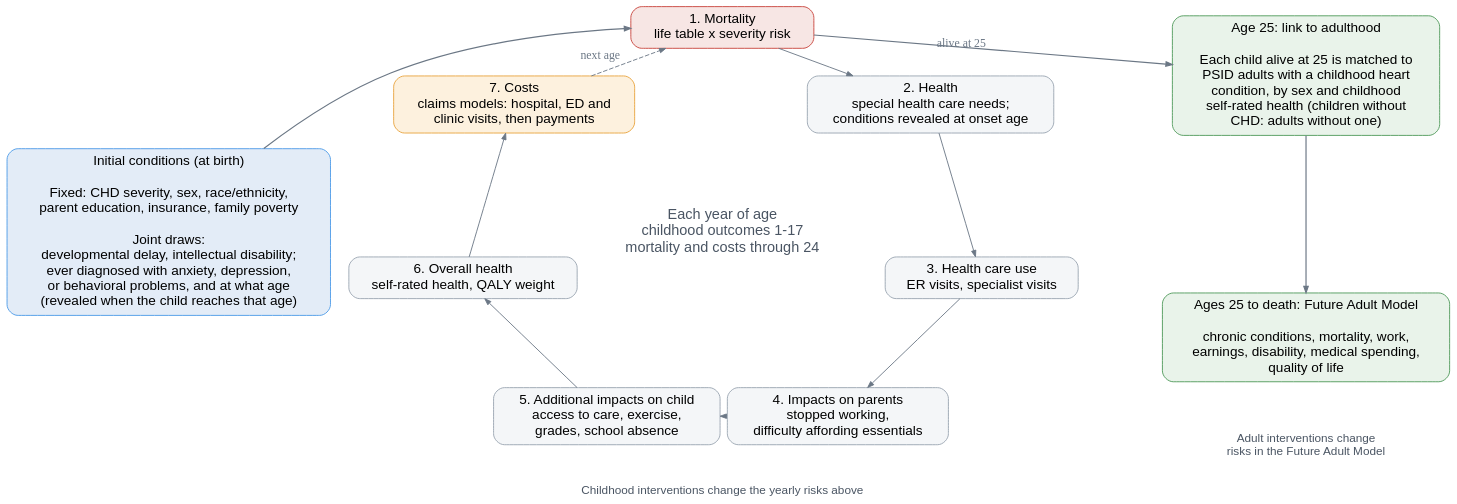
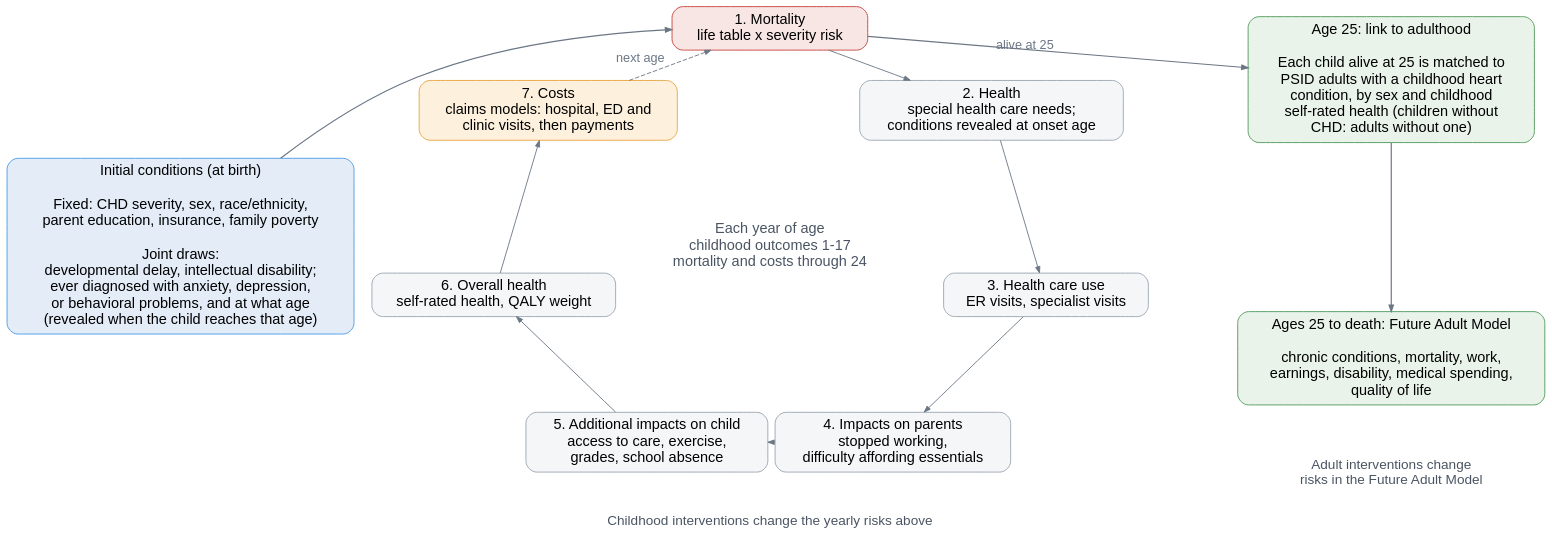
One commit to SchaefferMicrosim/chd_explorer changed the diagram in model_flow.dot. Above: the diagram before and after it, drawn with Graphviz. The commit also changed 3 other files, not shown here.

Commit message:
Look-and-feel pass: tiles, wide tables, sliders, navy theme, diagram fonts

```diff
--- a/model_flow.dot
+++ b/model_flow.dot
@@ -1,37 +1,37 @@
 
 digraph {
   graph [layout=neato, splines=true, overlap=false, fontname="Helvetica", bgcolor="transparent"];
-  node  [shape=box, style="rounded,filled", fontname="Helvetica", fontsize=15, margin="0.18,0.09"];
-  edge  [color="#6b7785", arrowsize=0.7];
+  node  [shape=box, style="rounded,filled", fontname="Helvetica", fontsize=16, margin="0.18,0.09"];
+  edge  [color="#6b7785", arrowsize=0.7, fontname="Helvetica", fontsize=14];
 
   init [pos="-0.6,0!", fillcolor="#e3ecf7", color="#4c9be8",
         label="Initial conditions (at birth)\n\nFixed: CHD severity, sex, race/ethnicity,\nparent education, insurance, family poverty\n\nJoint draws:\ndevelopmental delay, intellectual disability;\never diagnosed with anxiety, depression,\nor behavioral problems, and at what age\n(revealed when the child reaches that age)"];
   center [pos="8.60,0.00!", shape=plaintext, style="", fontsize=16, fontcolor="#4a5563",
           label="Each year of age\nchildhood outcomes 1-17\nmortality and costs through 24"];
   mort [pos="8.60,3.40!", label="1. Mortality\nlife table x severity risk", fillcolor="#f7e6e4", color="#c8433b"];
   hlth [pos="12.06,2.12!", label="2. Health\nspecial health care needs;\nconditions revealed at onset age", fillcolor="#f4f6f8", color="#9aa5b1"];
   util [pos="12.91,-0.76!", label="3. Health care use\nER visits, specialist visits", fillcolor="#f4f6f8", color="#9aa5b1"];
   par [pos="10.52,-3.06!", label="4. Impacts on parents\nstopped working,\ndifficulty affording essentials", fillcolor="#f4f6f8", color="#9aa5b1"];
   child [pos="6.68,-3.06!", label="5. Additional impacts on child\naccess to care, exercise,\ngrades, school absence", fillcolor="#f4f6f8", color="#9aa5b1"];
   srh [pos="4.29,-0.76!", label="6. Overall health\nself-rated health, QALY weight", fillcolor="#f4f6f8", color="#9aa5b1"];
   cost [pos="5.14,2.12!", label="7. Costs\nclaims models: hospital, ED and\nclinic visits, then payments", fillcolor="#fdf1de", color="#e8a33d"];
   mort -> hlth;
   hlth -> util;
   util -> par;
   par -> child;
   child -> srh;
   srh -> cost;
-  cost -> mort [label="  next age", fontsize=13, fontcolor="#6b7785", style=dashed];
+  cost -> mort [label="  next age", fontsize=14, fontcolor="#6b7785", style=dashed];
   init -> mort [penwidth=1.3];
 
   link [pos="18.30,2.60!", fillcolor="#e9f3ea", color="#4f9a5a",
         label="Age 25: link to adulthood\n\nEach child alive at 25 is matched to\nPSID adults with a childhood heart\ncondition, by sex and childhood\nself-rated health (children without\nCHD: adults without one)"];
   fam  [pos="18.30,-1.75!", fillcolor="#e9f3ea", color="#4f9a5a",
         label="Ages 25 to death: Future Adult Model\n\nchronic conditions, mortality, work,\nearnings, disability, medical spending,\nquality of life"];
-  mort -> link [penwidth=1.3, label="alive at 25\n", fontsize=13, fontcolor="#6b7785"];
+  mort -> link [penwidth=1.3, label="alive at 25\n", fontsize=14, fontcolor="#6b7785"];
   link -> fam [penwidth=1.3];
-  kidiv [pos="8.60,-4.30!", shape=plaintext, style="", fontsize=13, fontcolor="#4a5563",
+  kidiv [pos="8.60,-4.30!", shape=plaintext, style="", fontsize=15, fontcolor="#4a5563",
          label="Childhood interventions change the yearly risks above"];
-  adiv  [pos="18.30,-3.55!", shape=plaintext, style="", fontsize=13, fontcolor="#4a5563",
+  adiv  [pos="18.30,-3.55!", shape=plaintext, style="", fontsize=15, fontcolor="#4a5563",
          label="Adult interventions change\nrisks in the Future Adult Model"];
 }
```
